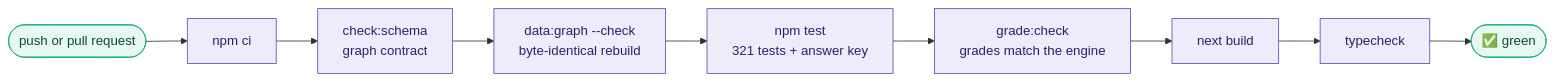
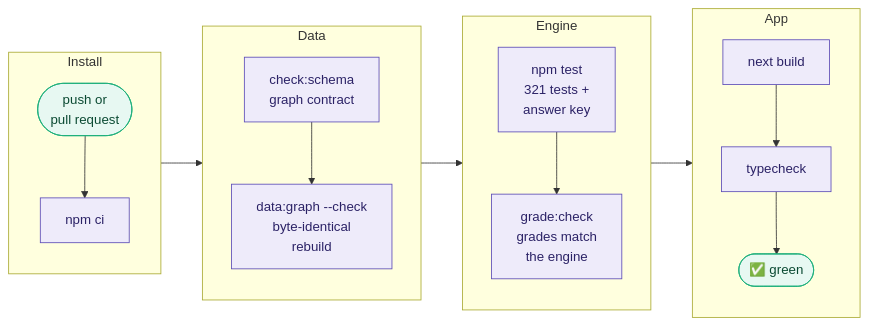
Diagram 12 of 12 in README.md (vihuynh72/research-os), drawn with Mermaid before and after one commit. The commit also changed other lines of this file and 1 other file, not shown here.

````diff
--- a/README.md
+++ b/README.md
@@ -656,8 +672,24 @@
 ```mermaid
 flowchart LR
-    P(["push or pull request"]) --> I["npm ci"] --> S["check:schema<br/>graph contract"] --> D["data:graph --check<br/>byte-identical rebuild"] --> T["npm test<br/>321 tests + answer key"] --> G["grade:check<br/>grades match the engine"] --> B["next build"] --> TC["typecheck"] --> OK(["✅ green"])
+    subgraph IN["Install"]
+        direction TB
+        P(["push or<br/>pull request"]) --> I["npm ci"]
+    end
+    subgraph DAT["Data"]
+        direction TB
+        S["check:schema<br/>graph contract"] --> D["data:graph --check<br/>byte-identical<br/>rebuild"]
+    end
+    subgraph ENG["Engine"]
+        direction TB
+        T["npm test<br/>321 tests +<br/>answer key"] --> G["grade:check<br/>grades match<br/>the engine"]
+    end
+    subgraph WEB["App"]
+        direction TB
+        B["next build"] --> TC["typecheck"] --> OK(["✅ green"])
+    end
+    IN --> DAT --> ENG --> WEB
     classDef step fill:#EEEBFA,stroke:#5B4BB7,color:#2B2266
     classDef ok fill:#E7F8F2,stroke:#1BAF7A,color:#0B4A33
     class I,S,D,T,G,B,TC step
     class P,OK ok
 ```
````
